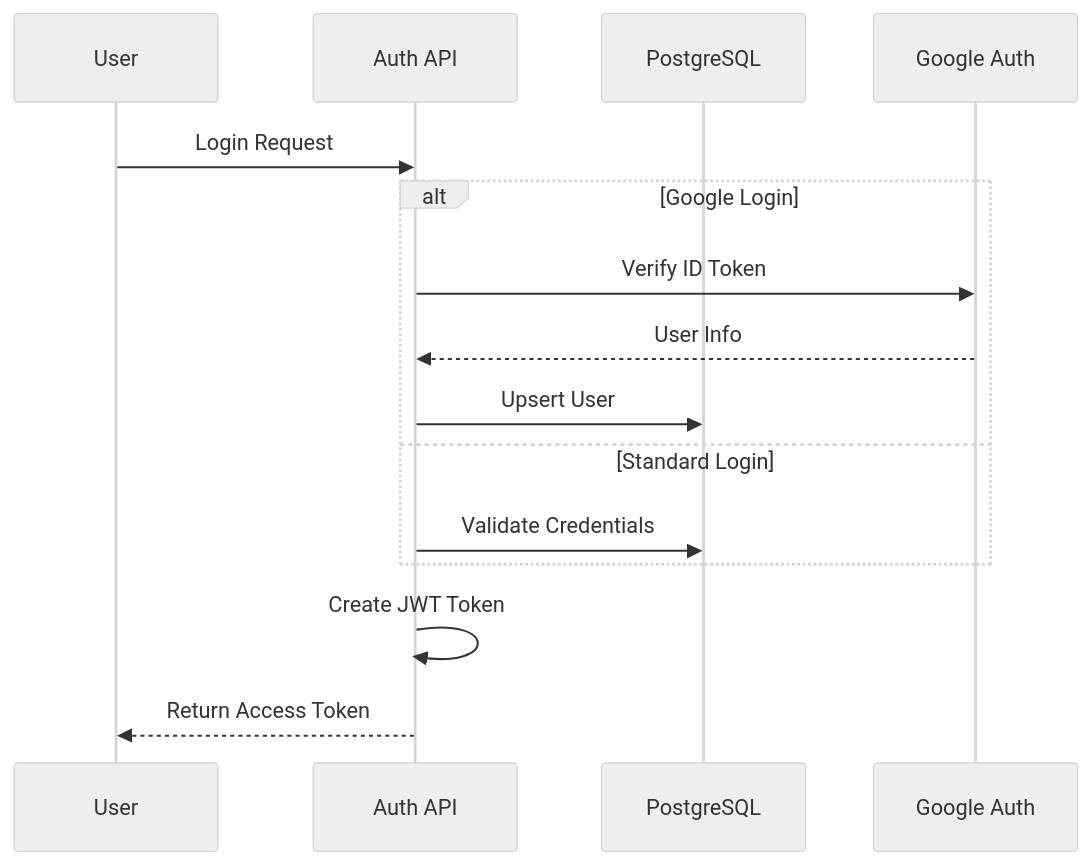
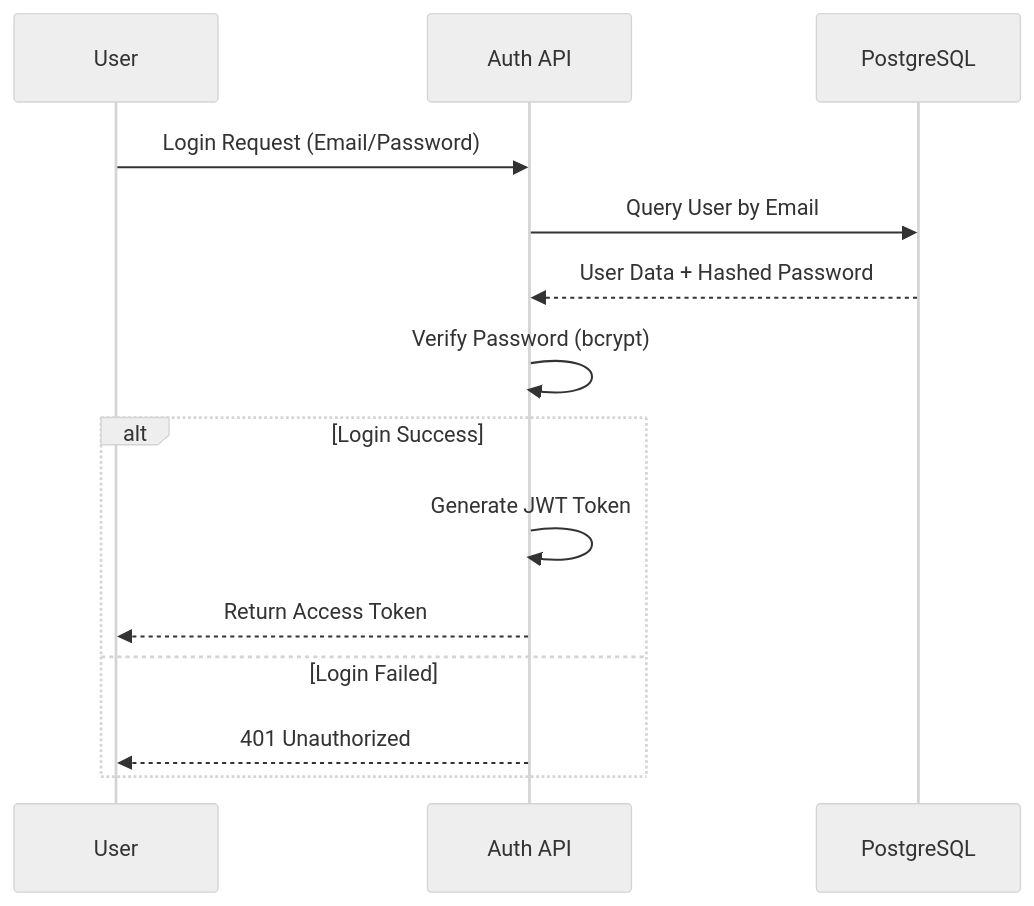
The second of 4 diagrams in docs/3.3_THIET_KE_LUONG_XU_LY.md (NguyenNhat4/medical-multiagent-API), drawn with Mermaid (neutral theme) before and after one commit. The commit also changed 1 other file, not shown here.

Commit message:
docs: update Auth flow to be Postgres-only
- Modify `docs/3.3_THIET_KE_LUONG_XU_LY.md` to remove Google Login from the Authentication Sequence Diagram.
- Modify `docs/3.2_THIET_KE_USECASE.md` to remove Google OAuth from UC1 (Login) descriptions.
- Ensure consistency in documenting the "Postgres-only" login requirement for the report.

````diff
--- a/docs/3.3_THIET_KE_LUONG_XU_LY.md
+++ b/docs/3.3_THIET_KE_LUONG_XU_LY.md
@@ -72,18 +72,18 @@
 ```mermaid
 sequenceDiagram
     participant User
     participant API as Auth API
     participant DB as PostgreSQL
-    participant Google as Google Auth
 
-    User->>API: Login Request
-    alt Google Login
-        API->>Google: Verify ID Token
-        Google-->>API: User Info
-        API->>DB: Upsert User
-    else Standard Login
-        API->>DB: Validate Credentials
+    User->>API: Login Request (Email/Password)
+    API->>DB: Query User by Email
+    DB-->>API: User Data + Hashed Password
+    API->>API: Verify Password (bcrypt)
+
+    alt Login Success
+        API->>API: Generate JWT Token
+        API-->>User: Return Access Token
+    else Login Failed
+        API-->>User: 401 Unauthorized
     end
-    API->>API: Create JWT Token
-    API-->>User: Return Access Token
 ```
````
